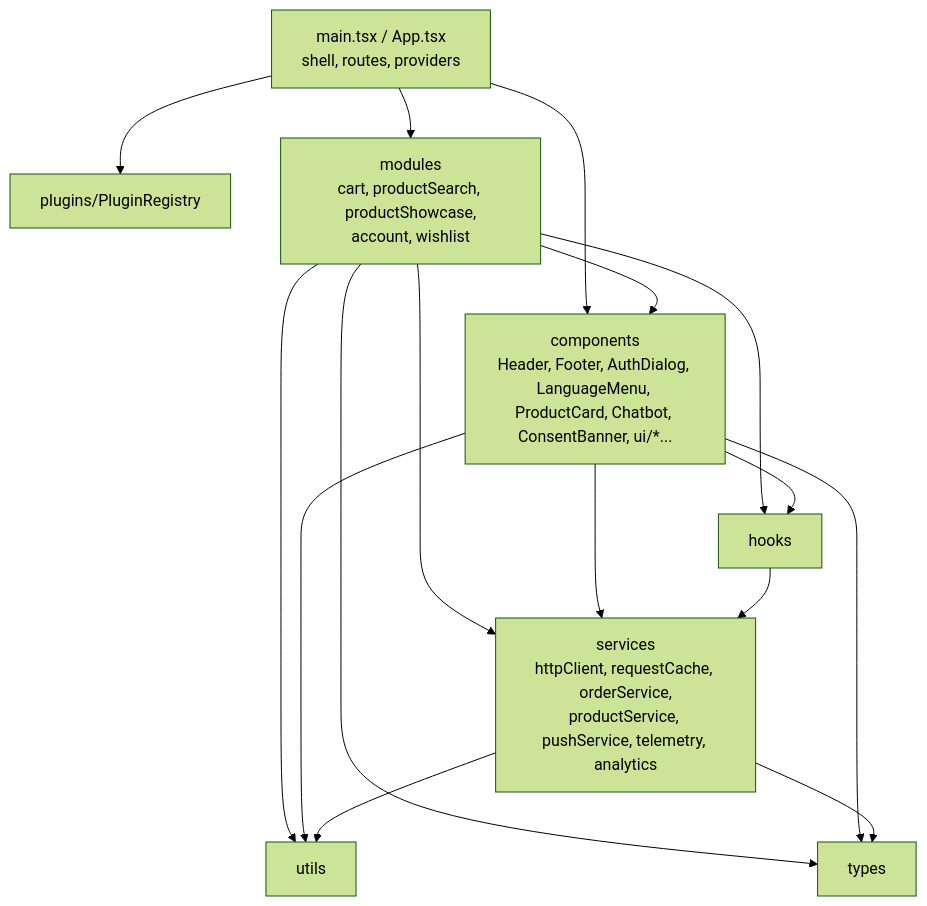
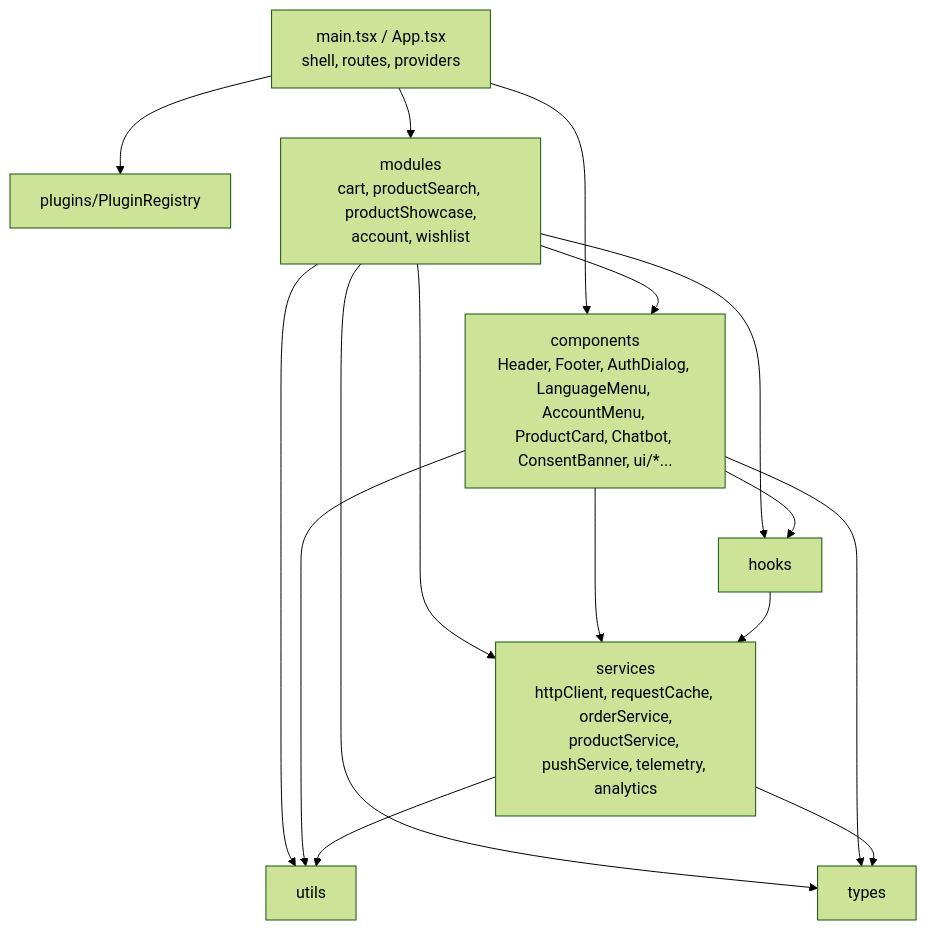
Before and after one commit to zshaikhNagarro/rimss-app: the third of 8 diagrams in docs/ARCHITECTURE.md, drawn with Mermaid (forest theme). The commit also changed other lines of this file and 82 other files, not shown here.

````diff
--- a/docs/ARCHITECTURE.md
+++ b/docs/ARCHITECTURE.md
@@ -45,27 +45,27 @@
 ```mermaid
 flowchart TD
   main[main.tsx / App.tsx<br/>shell, routes, providers]
   registry[plugins/PluginRegistry]
   modules[modules<br/>cart, productSearch, productShowcase,<br/>account, wishlist]
-  components[components<br/>Header, Footer, AuthDialog, LanguageMenu, ProductCard, Chatbot, ConsentBanner, ui/*...]
+  components[components<br/>Header, Footer, AuthDialog, LanguageMenu, AccountMenu, ProductCard, Chatbot, ConsentBanner, ui/*...]
   hooks[hooks]
   services[services<br/>httpClient, requestCache, orderService,<br/>productService, pushService, telemetry, analytics]
   utils[utils]
   types[types]
 
   main --> registry
   main --> modules
   main --> components
   modules --> components
   modules --> hooks
   modules --> services
   modules --> utils
   modules --> types
   components --> hooks
   components --> services
   components --> utils
   components --> types
   services --> utils
   services --> types
   hooks --> services
 ```
````
